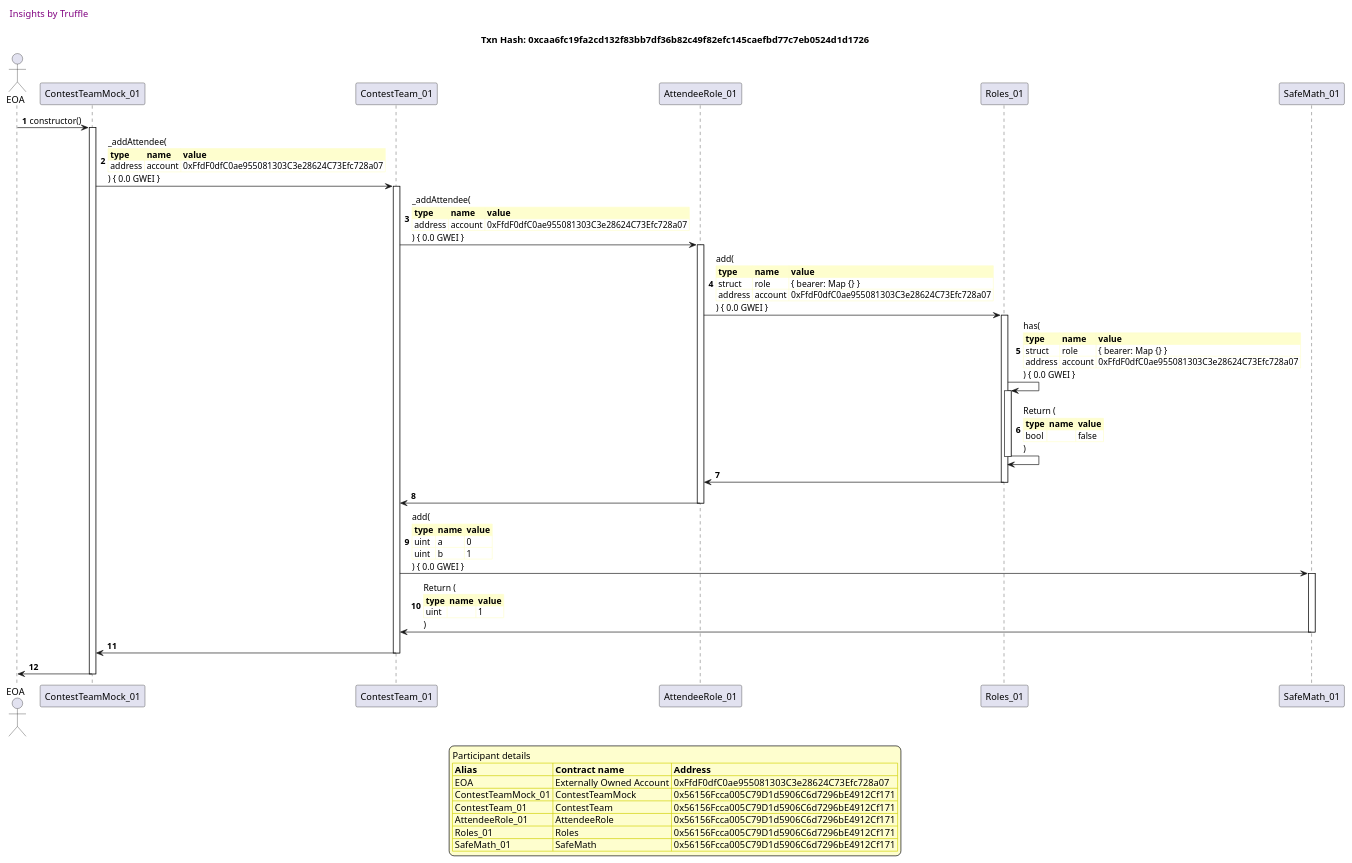
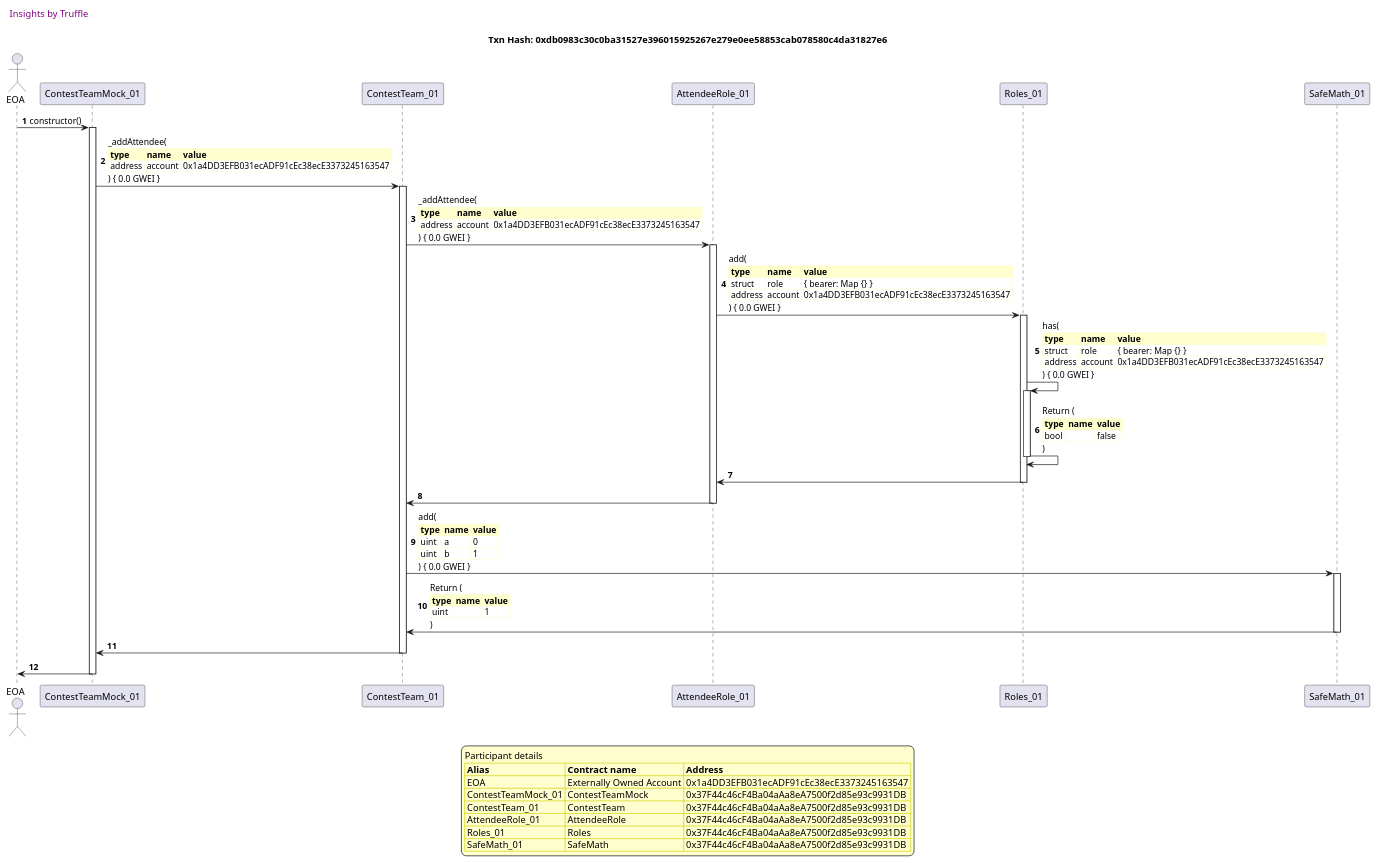
Before and after one commit to fodisi/hackapay: the sixth of 50 diagrams in truffle-seq/core_contestteam.md, drawn with PlantUML. The commit also changed other lines of this file and 10 other files, not shown here.

````diff
--- a/truffle-seq/core_contestteam.md
+++ b/truffle-seq/core_contestteam.md
@@ -498,79 +493,79 @@
 ```plantuml
 
 
 @startuml
 
 autonumber
 skinparam legendBackgroundColor #FEFECE
 
 <style>
       header {
         HorizontalAlignment left
         FontColor purple
         FontSize 14
         Padding 10
       }
     </style>
 
 header Insights by Truffle
 
-title Txn Hash: 0xcaa6fc19fa2cd132f83bb7df36b82c49f82efc145caefbd77c7eb0524d1d1726
+title Txn Hash: 0xdb0983c30c0ba31527e396015925267e279e0ee58853cab078580c4da31827e6
 
 
 actor EOA as "EOA"
 participant ContestTeamMock_01 as "ContestTeamMock_01"
 participant ContestTeam_01 as "ContestTeam_01"
 participant AttendeeRole_01 as "AttendeeRole_01"
 participant Roles_01 as "Roles_01"
 participant SafeMath_01 as "SafeMath_01"
 
 "EOA" -> "ContestTeamMock_01" ++: constructor()
 "ContestTeamMock_01" -> "ContestTeam_01" ++: _addAttendee(\n\
 <#FEFECE,#FEFECE>|= type |= name |= value |\n\
-| address | account | 0xFfdF0dfC0ae955081303C3e28624C73Efc728a07 |\n\
+| address | account | 0x1a4DD3EFB031ecADF91cEc38ecE3373245163547 |\n\
 ) { 0.0 GWEI }
 "ContestTeam_01" -> "AttendeeRole_01" ++: _addAttendee(\n\
 <#FEFECE,#FEFECE>|= type |= name |= value |\n\
-| address | account | 0xFfdF0dfC0ae955081303C3e28624C73Efc728a07 |\n\
+| address | account | 0x1a4DD3EFB031ecADF91cEc38ecE3373245163547 |\n\
 ) { 0.0 GWEI }
 "AttendeeRole_01" -> "Roles_01" ++: add(\n\
 <#FEFECE,#FEFECE>|= type |= name |= value |\n\
 | struct | role | { bearer: Map {} } |\n\
-| address | account | 0xFfdF0dfC0ae955081303C3e28624C73Efc728a07 |\n\
+| address | account | 0x1a4DD3EFB031ecADF91cEc38ecE3373245163547 |\n\
 ) { 0.0 GWEI }
 "Roles_01" -> "Roles_01" ++: has(\n\
 <#FEFECE,#FEFECE>|= type |= name |= value |\n\
 | struct | role | { bearer: Map {} } |\n\
-| address | account | 0xFfdF0dfC0ae955081303C3e28624C73Efc728a07 |\n\
+| address | account | 0x1a4DD3EFB031ecADF91cEc38ecE3373245163547 |\n\
 ) { 0.0 GWEI }
 "Roles_01" -> "Roles_01" --: Return (\n\
 <#FEFECE,#FEFECE>|= type |= name |= value |\n\
 | bool |  | false |\n\
 )
 "Roles_01" -> "AttendeeRole_01" --: 
 "AttendeeRole_01" -> "ContestTeam_01" --: 
 "ContestTeam_01" -> "SafeMath_01" ++: add(\n\
 <#FEFECE,#FEFECE>|= type |= name |= value |\n\
 | uint | a | 0 |\n\
 | uint | b | 1 |\n\
 ) { 0.0 GWEI }
 "SafeMath_01" -> "ContestTeam_01" --: Return (\n\
 <#FEFECE,#FEFECE>|= type |= name |= value |\n\
 | uint |  | 1 |\n\
 )
 "ContestTeam_01" -> "ContestTeamMock_01" --: 
 "ContestTeamMock_01" -> "EOA" --: 
 
 legend
 Participant details
 <#FEFECE,#D0D000>|= Alias |= Contract name |= Address |
-<#FEFECE>| EOA | Externally Owned Account | 0xFfdF0dfC0ae955081303C3e28624C73Efc728a07 |
-<#FEFECE>| ContestTeamMock_01 | ContestTeamMock | 0x56156Fcca005C79D1d5906C6d7296bE4912Cf171 |
-<#FEFECE>| ContestTeam_01 | ContestTeam | 0x56156Fcca005C79D1d5906C6d7296bE4912Cf171 |
-<#FEFECE>| AttendeeRole_01 | AttendeeRole | 0x56156Fcca005C79D1d5906C6d7296bE4912Cf171 |
-<#FEFECE>| Roles_01 | Roles | 0x56156Fcca005C79D1d5906C6d7296bE4912Cf171 |
-<#FEFECE>| SafeMath_01 | SafeMath | 0x56156Fcca005C79D1d5906C6d7296bE4912Cf171 |
+<#FEFECE>| EOA | Externally Owned Account | 0x1a4DD3EFB031ecADF91cEc38ecE3373245163547 |
+<#FEFECE>| ContestTeamMock_01 | ContestTeamMock | 0x37F44c46cF4Ba04aAa8eA7500f2d85e93c9931DB |
+<#FEFECE>| ContestTeam_01 | ContestTeam | 0x37F44c46cF4Ba04aAa8eA7500f2d85e93c9931DB |
+<#FEFECE>| AttendeeRole_01 | AttendeeRole | 0x37F44c46cF4Ba04aAa8eA7500f2d85e93c9931DB |
+<#FEFECE>| Roles_01 | Roles | 0x37F44c46cF4Ba04aAa8eA7500f2d85e93c9931DB |
+<#FEFECE>| SafeMath_01 | SafeMath | 0x37F44c46cF4Ba04aAa8eA7500f2d85e93c9931DB |
 endlegend
 
 @enduml
 ```
````
